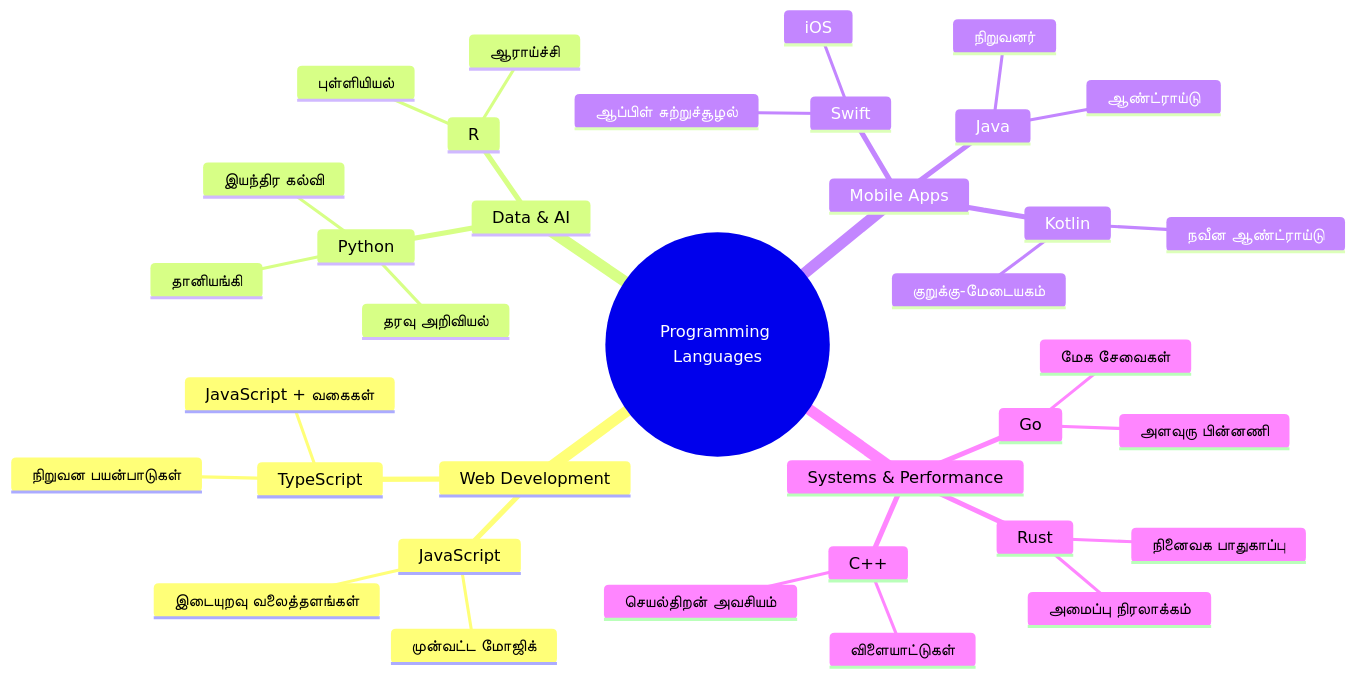
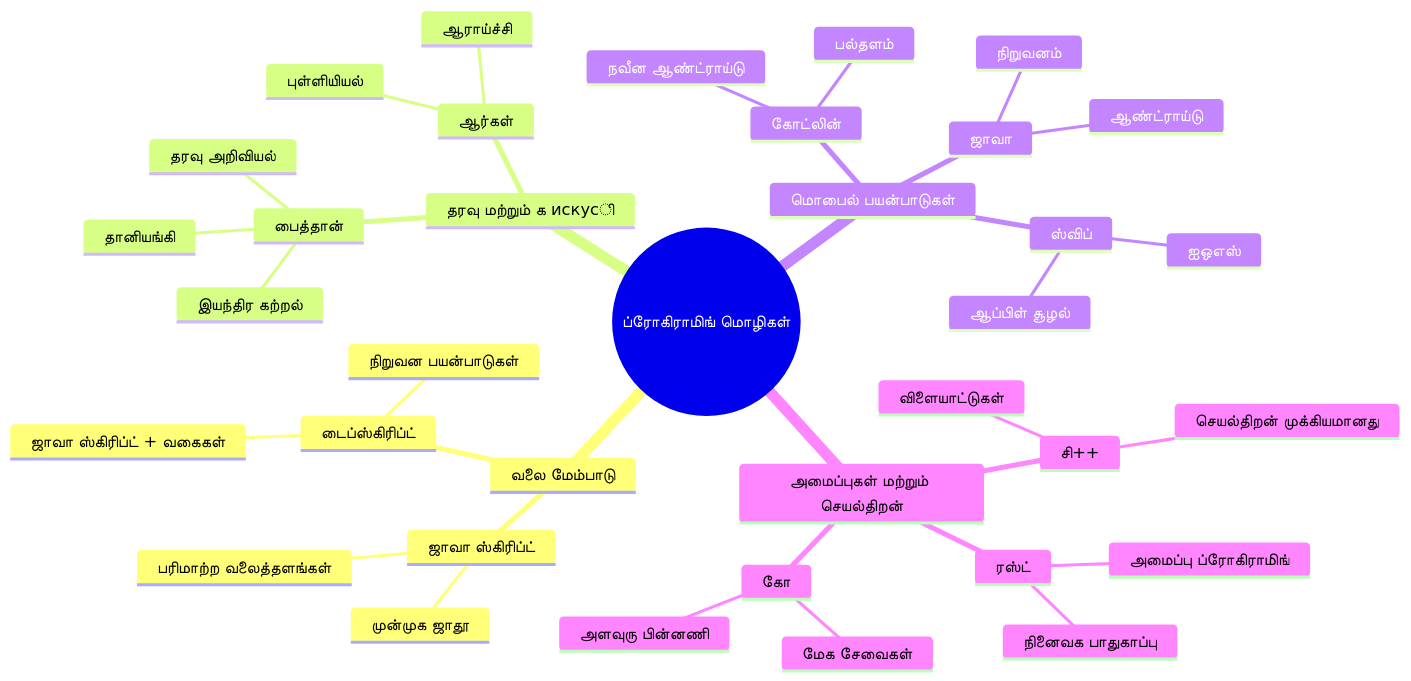
The second of 7 diagrams in translations/ta/1-getting-started-lessons/1-intro-to-programming-languages/README.md (microsoft/Web-Dev-For-Beginners), drawn with Mermaid before and after one commit. The commit also changed other lines of this file and 8 other files, not shown here.

````diff
--- a/translations/ta/1-getting-started-lessons/1-intro-to-programming-languages/README.md
+++ b/translations/ta/1-getting-started-lessons/1-intro-to-programming-languages/README.md
@@ -84,39 +85,39 @@
 ```mermaid
 mindmap
-  root((Programming Languages))
-    Web Development
-      JavaScript
-        முன்‌வட்ட மோஜிக்
-        இடையுறவு வலைத்தளங்கள்
-      TypeScript
-        JavaScript + வகைகள்
+  root((ப்ரோகிராமிங் மொழிகள்))
+    வலை மேம்பாடு
+      ஜாவா ஸ்கிரிப்ட்
+        முன்முக ஜாதூ
+        பரிமாற்ற வலைத்தளங்கள்
+      டைப்ஸ்கிரிப்ட்
+        ஜாவா ஸ்கிரிப்ட் + வகைகள்
         நிறுவன பயன்பாடுகள்
-    Data & AI
-      Python
+    தரவு மற்றும் க искусி
+      பைத்தான்
         தரவு அறிவியல்
-        இயந்திர கல்வி
+        இயந்திர கற்றல்
         தானியங்கி
-      R
+      ஆர்கள்
         புள்ளியியல்
         ஆராய்ச்சி
-    Mobile Apps
-      Java
+    மொபைல் பயன்பாடுகள்
+      ஜாவா
         ஆண்ட்ராய்டு
-        நிறுவனர்
-      Swift
-        iOS
-        ஆப்பிள் சுற்றுச்சூழல்
-      Kotlin
+        நிறுவனம்
+      ஸ்விப்
+        ஐஒஎஸ்
+        ஆப்பிள் சூழல்
+      கோட்லின்
         நவீன ஆண்ட்ராய்டு
-        குறுக்கு-மேடையகம்
-    Systems & Performance
-      C++
+        பல்தளம்
+    அமைப்புகள் மற்றும் செயல்திறன்
+      சி++
         விளையாட்டுகள்
-        செயல்திறன் அவசியம்
-      Rust
+        செயல்திறன் முக்கியமானது
+      ரஸ்ட்
         நினைவக பாதுகாப்பு
-        அமைப்பு நிரலாக்கம்
-      Go
+        அமைப்பு ப்ரோகிராமிங்
+      கோ
         மேக சேவைகள்
         அளவுரு பின்னணி
 ```
````
